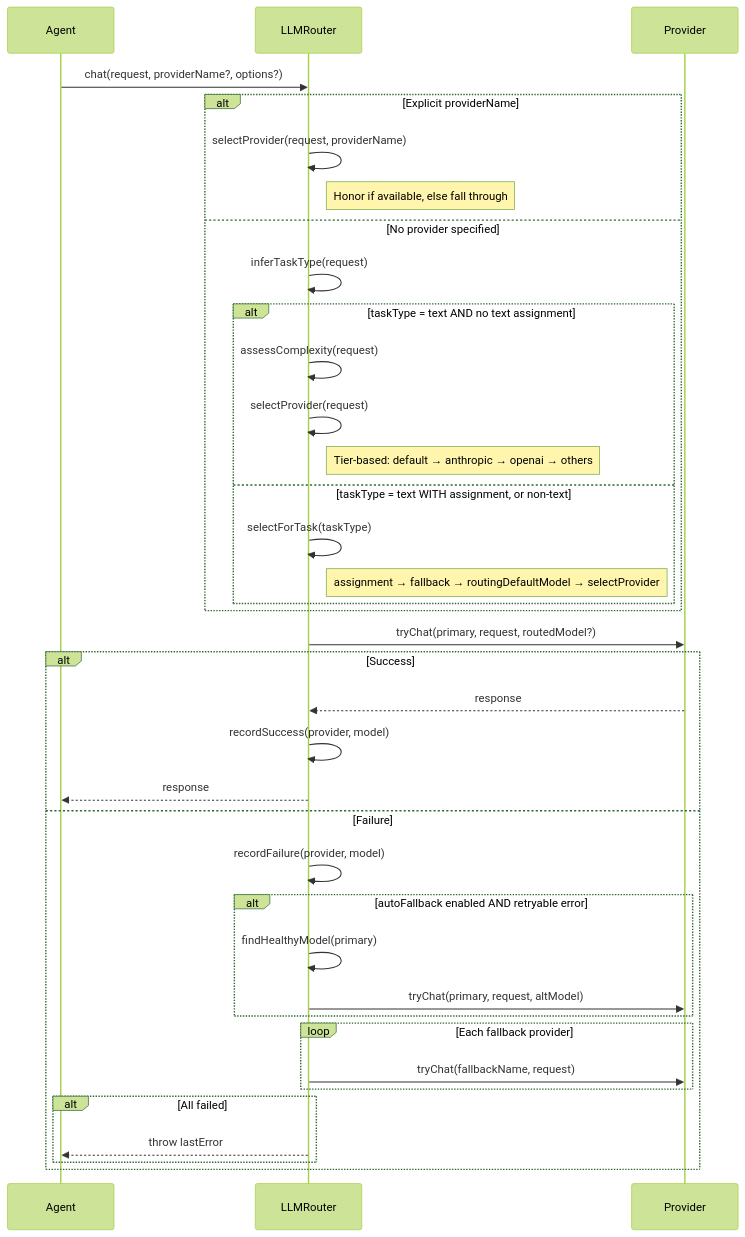
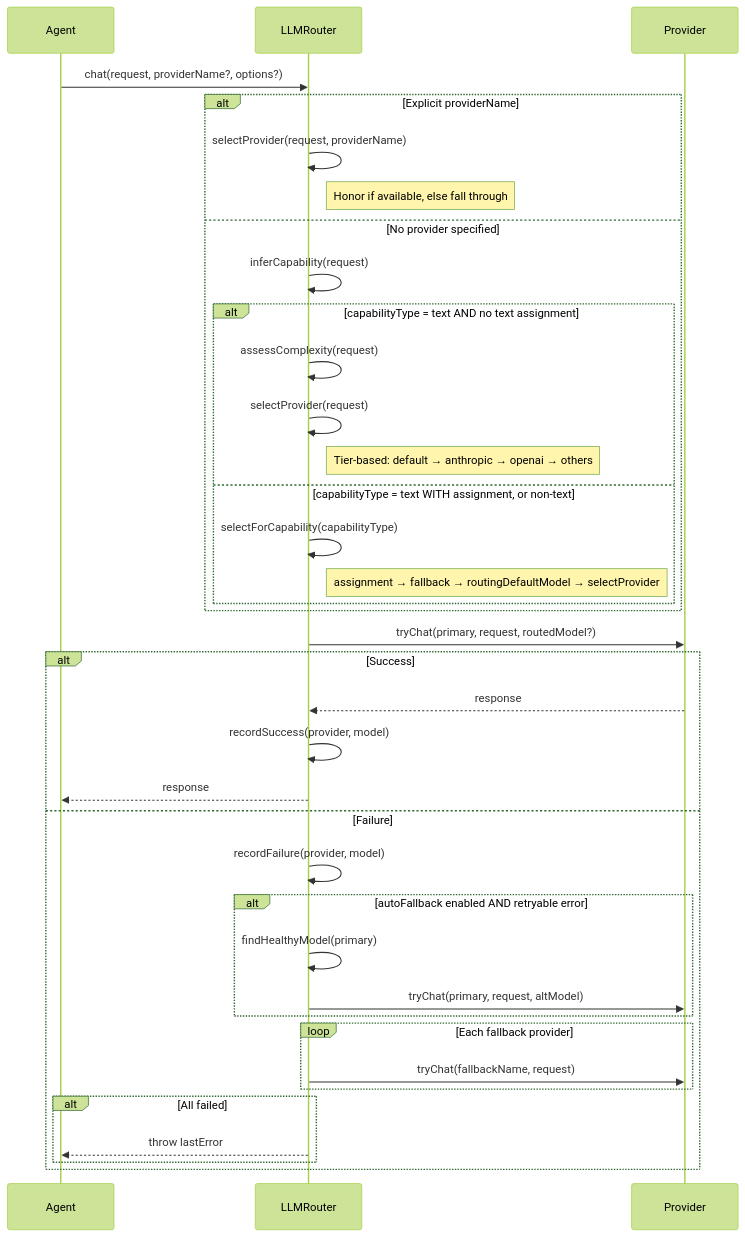
Before and after one commit to markus-global/markus: the first of 3 diagrams in docs/model-routing-architecture.md, drawn with Mermaid (forest theme). The commit also changed other lines of this file and 41 other files, not shown here.

First line of the commit message:
feat: dynamic provider schemas, task→capability rename, and chat UI fixes

````diff
--- a/docs/model-routing-architecture.md
+++ b/docs/model-routing-architecture.md
@@ -65,42 +65,42 @@
 ```mermaid
 sequenceDiagram
     participant Agent
     participant Router as LLMRouter
     participant Provider
 
     Agent->>Router: chat(request, providerName?, options?)
 
     alt Explicit providerName
         Router->>Router: selectProvider(request, providerName)
         Note right of Router: Honor if available, else fall through
     else No provider specified
-        Router->>Router: inferTaskType(request)
-        alt taskType = text AND no text assignment
+        Router->>Router: inferCapability(request)
+        alt capabilityType = text AND no text assignment
             Router->>Router: assessComplexity(request)
             Router->>Router: selectProvider(request)
             Note right of Router: Tier-based: default → anthropic → openai → others
-        else taskType = text WITH assignment, or non-text
-            Router->>Router: selectForTask(taskType)
+        else capabilityType = text WITH assignment, or non-text
+            Router->>Router: selectForCapability(capabilityType)
             Note right of Router: assignment → fallback → routingDefaultModel → selectProvider
         end
     end
 
     Router->>Provider: tryChat(primary, request, routedModel?)
     alt Success
         Provider-->>Router: response
         Router->>Router: recordSuccess(provider, model)
         Router-->>Agent: response
     else Failure
         Router->>Router: recordFailure(provider, model)
         alt autoFallback enabled AND retryable error
             Router->>Router: findHealthyModel(primary)
             Router->>Provider: tryChat(primary, request, altModel)
         end
         loop Each fallback provider
             Router->>Provider: tryChat(fallbackName, request)
         end
         alt All failed
             Router-->>Agent: throw lastError
         end
     end
 ```
````
